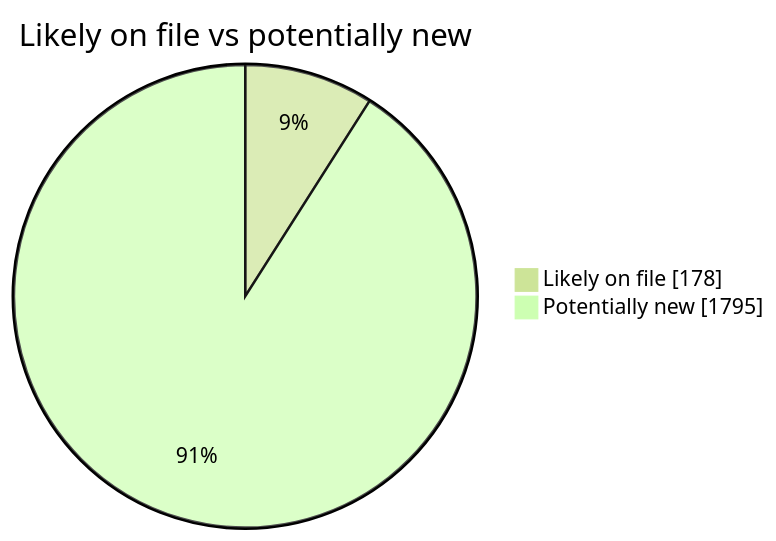
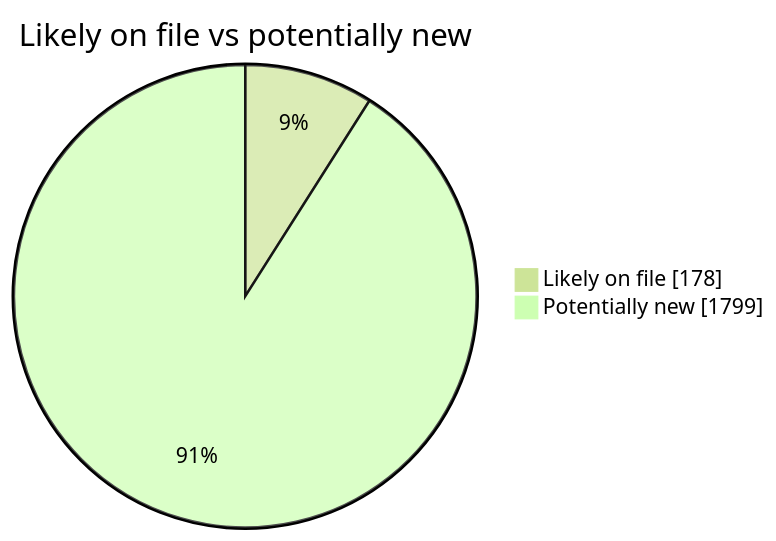
One commit to martinbalfanz/social-scanner-reports changed the second of 4 diagrams in README.md. Above: the diagram before and after it, drawn with Mermaid (forest theme). The commit also changed other lines of this file and 5 other files, not shown here.

````diff
--- a/README.md
+++ b/README.md
@@ -40,5 +40,5 @@
 ```mermaid
 pie showData title Likely on file vs potentially new
     "Likely on file" : 178
-    "Potentially new" : 1795
+    "Potentially new" : 1799
 ```
````
